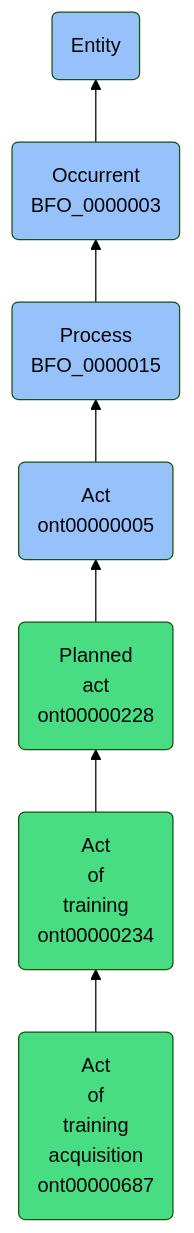
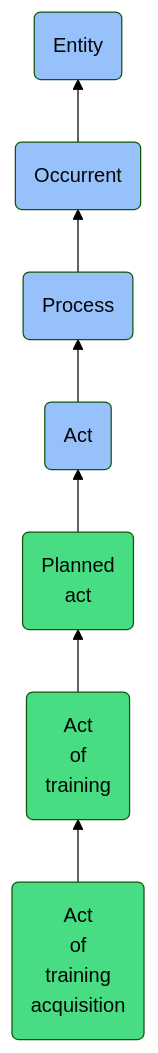
Before and after one commit to jupyter-naas/abi: the diagram in docs/ontology/reference/model/Entity/Occurrent/Process/Act/Planned act/Act of training/Act of training acquisition/Act of training acquisition.md, drawn with Mermaid (forest theme). The commit also changed other lines of this file and 1430 other files, not shown here.

````diff
--- a/docs/ontology/reference/model/Entity/Occurrent/Process/Act/Planned act/Act of training/Act of training acquisition/Act of training acquisition.md
+++ b/docs/ontology/reference/model/Entity/Occurrent/Process/Act/Planned act/Act of training/Act of training acquisition/Act of training acquisition.md
@@ -24,14 +24,14 @@
 ```mermaid
 graph BT
-    ont00000687(Act<br>of<br>training<br>acquisition<br>ont00000687):::ABI-->ont00000234
-    ont00000234(Act<br>of<br>training<br>ont00000234):::ABI-->ont00000228
-    ont00000228(Planned<br>act<br>ont00000228):::ABI-->ont00000005
-    ont00000005(Act<br>ont00000005):::BFO-->BFO_0000015
-    BFO_0000015(Process<br>BFO_0000015):::BFO-->BFO_0000003
-    BFO_0000003(Occurrent<br>BFO_0000003):::BFO-->BFO_0000001
+    ont00000687(Act<br>of<br>training<br>acquisition):::ABI-->ont00000234
+    ont00000234(Act<br>of<br>training):::ABI-->ont00000228
+    ont00000228(Planned<br>act):::ABI-->ont00000005
+    ont00000005(Act):::BFO-->BFO_0000015
+    BFO_0000015(Process):::BFO-->BFO_0000003
+    BFO_0000003(Occurrent):::BFO-->BFO_0000001
     BFO_0000001(Entity):::BFO
     
     classDef BFO fill:#97c1fb,color:#060606
     classDef CCO fill:#e4c51e,color:#060606
     classDef ABI fill:#48DD82,color:#060606
 ```
````
